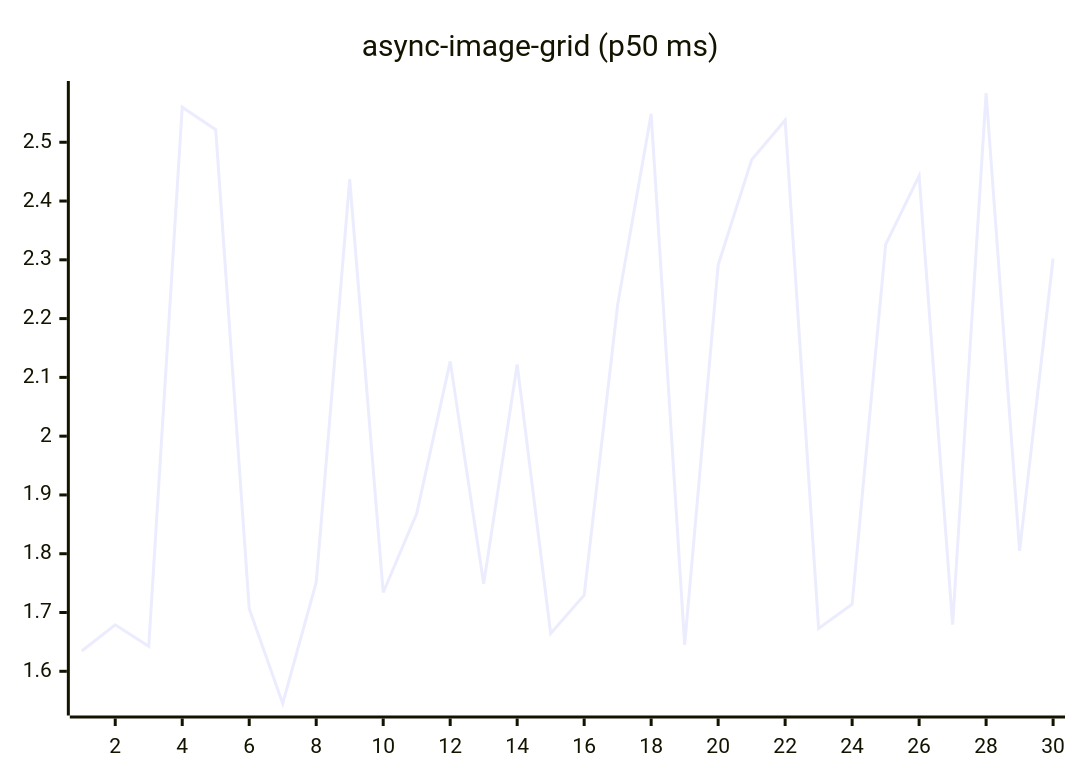
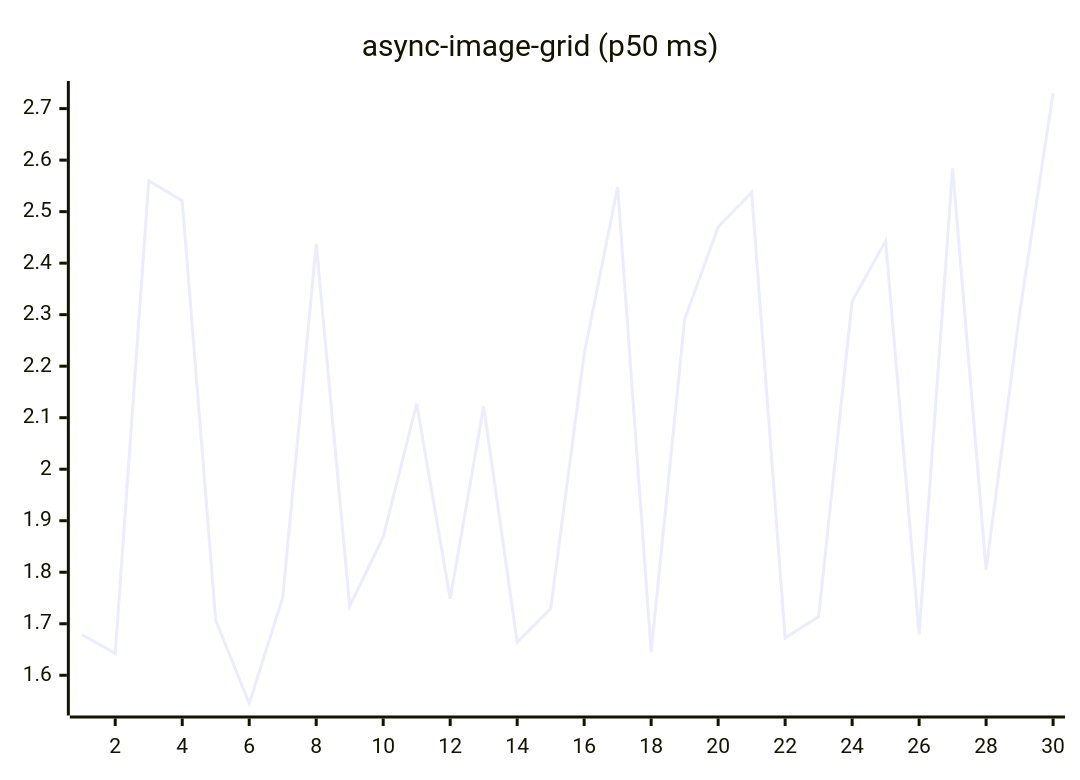
The fifth of 27 diagrams in README.md (josha/Facet), drawn with Mermaid before and after one commit. The commit also changed other lines of this file and 2 other files, not shown here.

````diff
--- a/README.md
+++ b/README.md
@@ -91,6 +91,6 @@
 ```mermaid
 xychart-beta
     title "async-image-grid (p50 ms)"
     x-axis 1 --> 30
-    line [1.6346, 1.6792, 1.6424, 2.5597, 2.5214, 1.7066, 1.5452, 1.7512, 2.4372, 1.7341, 1.8684, 2.1272, 1.7487, 2.1221, 1.6642, 1.7295, 2.2238, 2.5483, 1.6449, 2.2910, 2.4702, 2.5376, 1.6727, 1.7140, 2.3260, 2.4429, 1.6792, 2.5838, 1.8048, 2.3022]
+    line [1.6792, 1.6424, 2.5597, 2.5214, 1.7066, 1.5452, 1.7512, 2.4372, 1.7341, 1.8684, 2.1272, 1.7487, 2.1221, 1.6642, 1.7295, 2.2238, 2.5483, 1.6449, 2.2910, 2.4702, 2.5376, 1.6727, 1.7140, 2.3260, 2.4429, 1.6792, 2.5838, 1.8048, 2.3022, 2.7303]
 ```
````
